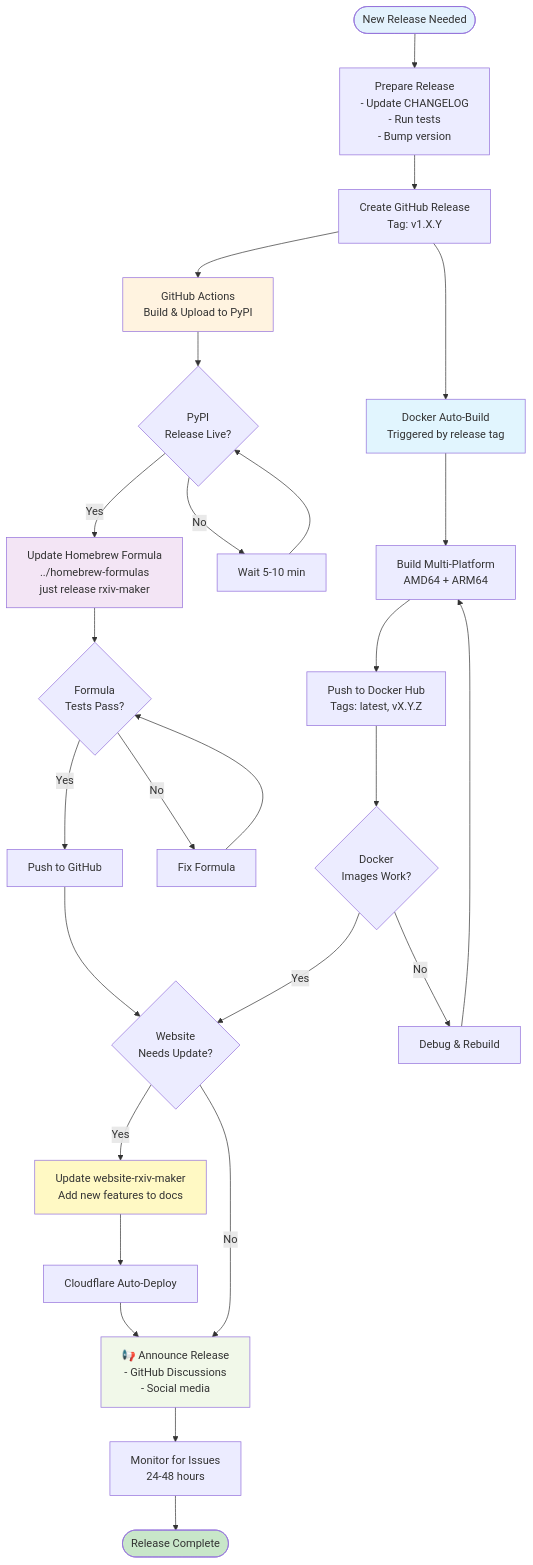
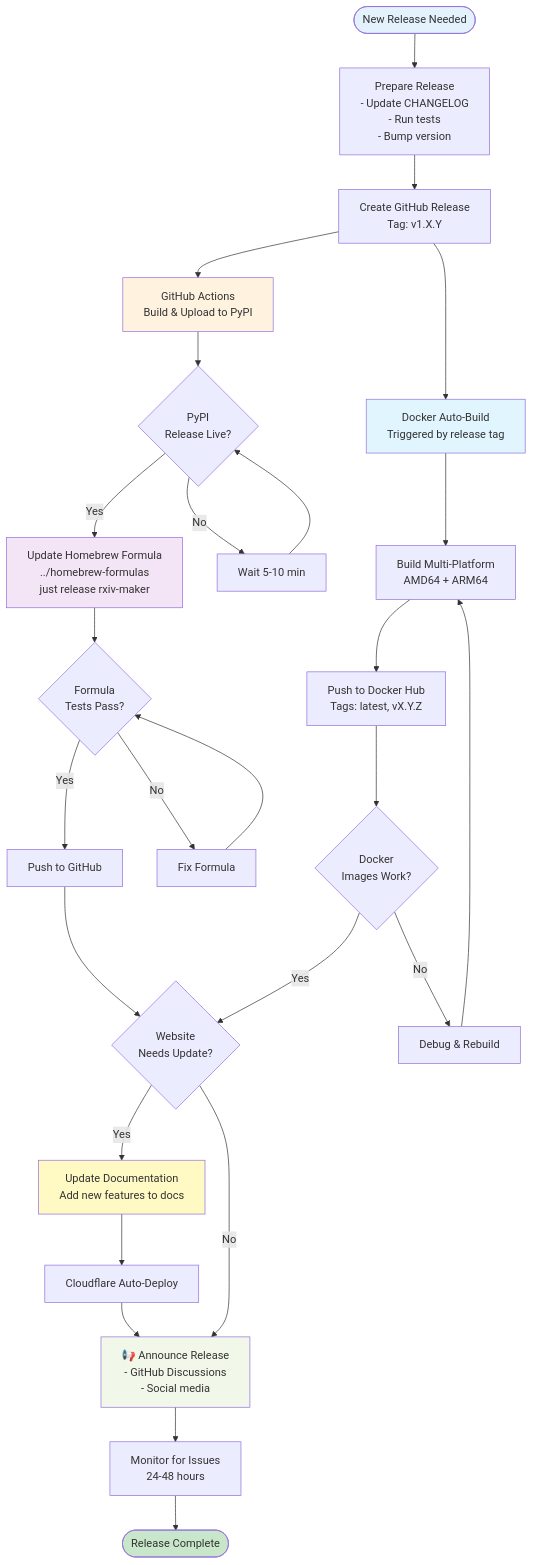
The fifth of 10 diagrams in docs/ECOSYSTEM.md (HenriquesLab/rxiv-maker), drawn with Mermaid before and after one commit. The commit also changed other lines of this file and 1 other file, not shown here.

````diff
--- a/docs/ECOSYSTEM.md
+++ b/docs/ECOSYSTEM.md
@@ -229,45 +229,45 @@
 ```mermaid
 flowchart TB
     Start([New Release Needed]) --> Prep[Prepare Release<br/>- Update CHANGELOG<br/>- Run tests<br/>- Bump version]
 
     Prep --> GHRelease[Create GitHub Release<br/>Tag: v1.X.Y]
 
     GHRelease --> PyPI[GitHub Actions<br/>Build & Upload to PyPI]
     PyPI --> PyPIVerify{PyPI<br/>Release Live?}
 
     PyPIVerify -->|Yes| Homebrew[Update Homebrew Formula<br/>../homebrew-formulas<br/>just release rxiv-maker]
     PyPIVerify -->|No| Wait[Wait 5-10 min]
     Wait --> PyPIVerify
 
     Homebrew --> BrewTest{Formula<br/>Tests Pass?}
     BrewTest -->|Yes| BrewPush[Push to GitHub]
     BrewTest -->|No| BrewFix[Fix Formula]
     BrewFix --> BrewTest
 
     GHRelease --> Docker[Docker Auto-Build<br/>Triggered by release tag]
     Docker --> DockerBuild[Build Multi-Platform<br/>AMD64 + ARM64]
     DockerBuild --> DockerPush[Push to Docker Hub<br/>Tags: latest, vX.Y.Z]
 
     DockerPush --> DockerTest{Docker<br/>Images Work?}
     DockerTest -->|Yes| WebsiteCheck
     DockerTest -->|No| DockerDebug[Debug & Rebuild]
     DockerDebug --> DockerBuild
 
     BrewPush --> WebsiteCheck{Website<br/>Needs Update?}
-    WebsiteCheck -->|Yes| WebUpdate[Update website-rxiv-maker<br/>Add new features to docs]
+    WebsiteCheck -->|Yes| WebUpdate[Update Documentation<br/>Add new features to docs]
     WebsiteCheck -->|No| Announce
 
     WebUpdate --> WebDeploy[Cloudflare Auto-Deploy]
     WebDeploy --> Announce[📢 Announce Release<br/>- GitHub Discussions<br/>- Social media]
 
     Announce --> Monitor[Monitor for Issues<br/>24-48 hours]
     Monitor --> Done([Release Complete])
 
     style Start fill:#e3f2fd
     style Done fill:#c8e6c9
     style PyPI fill:#fff3e0
     style Homebrew fill:#f3e5f5
     style Docker fill:#e1f5fe
     style WebUpdate fill:#fff9c4
     style Announce fill:#f1f8e9
 ```
````
